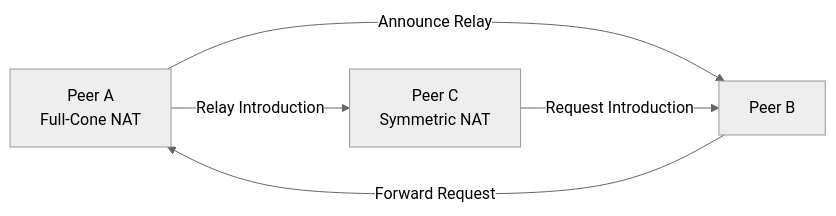
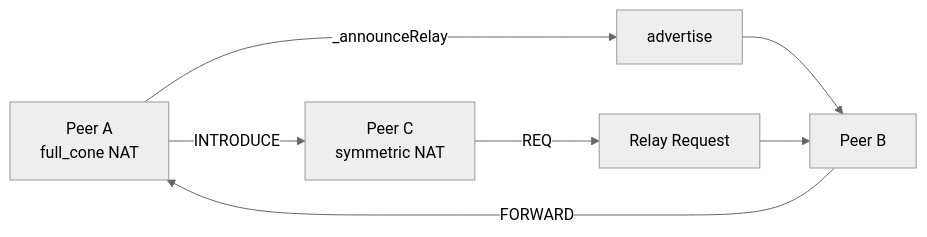
Before and after one commit to setowire-org/js-setowire: the eighth of 12 diagrams in SPEC.md, drawn with Mermaid (neutral theme). The commit also changed other lines of this file, not shown here.

````diff
--- a/SPEC.md
+++ b/SPEC.md
@@ -314,7 +485,9 @@
 ```mermaid
 flowchart LR
-    A[Peer A<br/>Full-Cone NAT] -->|Announce Relay| B[Peer B]
-    C[Peer C<br/>Symmetric NAT] -->|Request Introduction| B
-    B -->|Forward Request| A
-    A -->|Relay Introduction| C
+    A["Peer A<br/>full_cone NAT"] -->|_announceRelay| ANNOUNCE[ advertise]
+    ANNOUNCE --> B["Peer B"]
+    C["Peer C<br/>symmetric NAT"] -->|REQ| RELAY[Relay Request]
+    RELAY --> B
+    B -->|FORWARD| A
+    A -->|INTRODUCE| C
 ```
````
